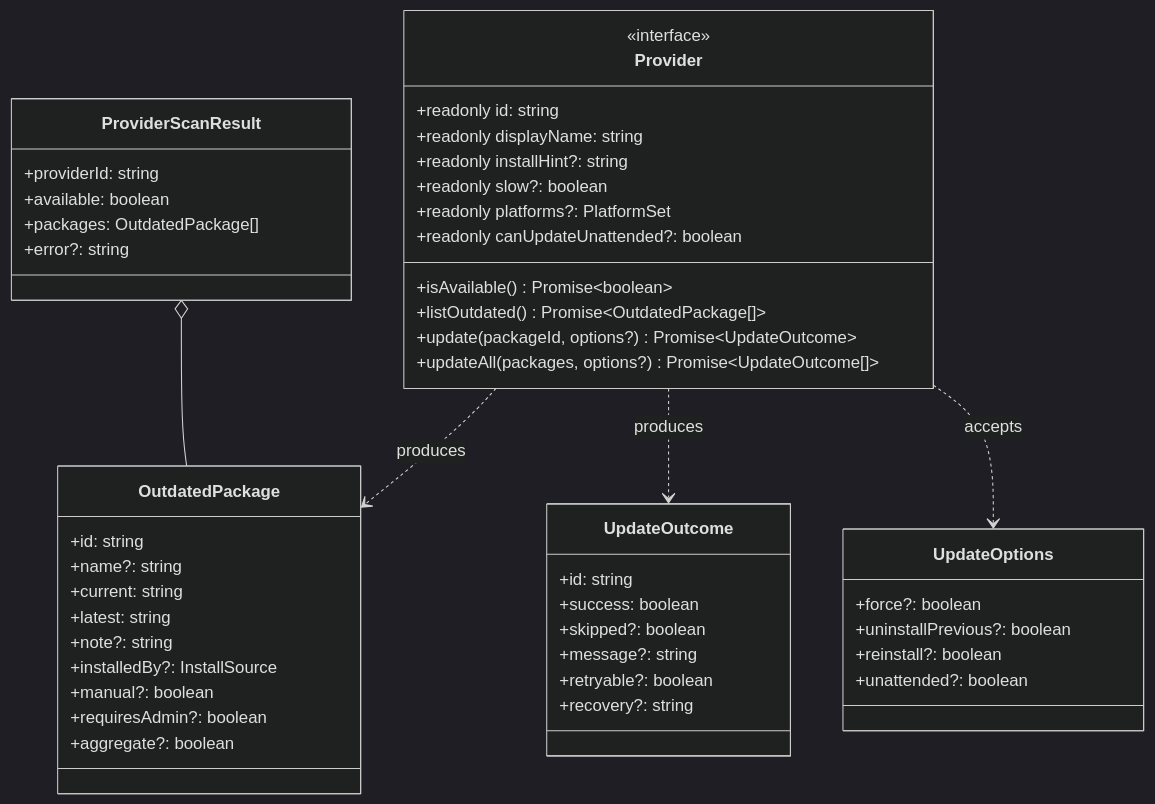
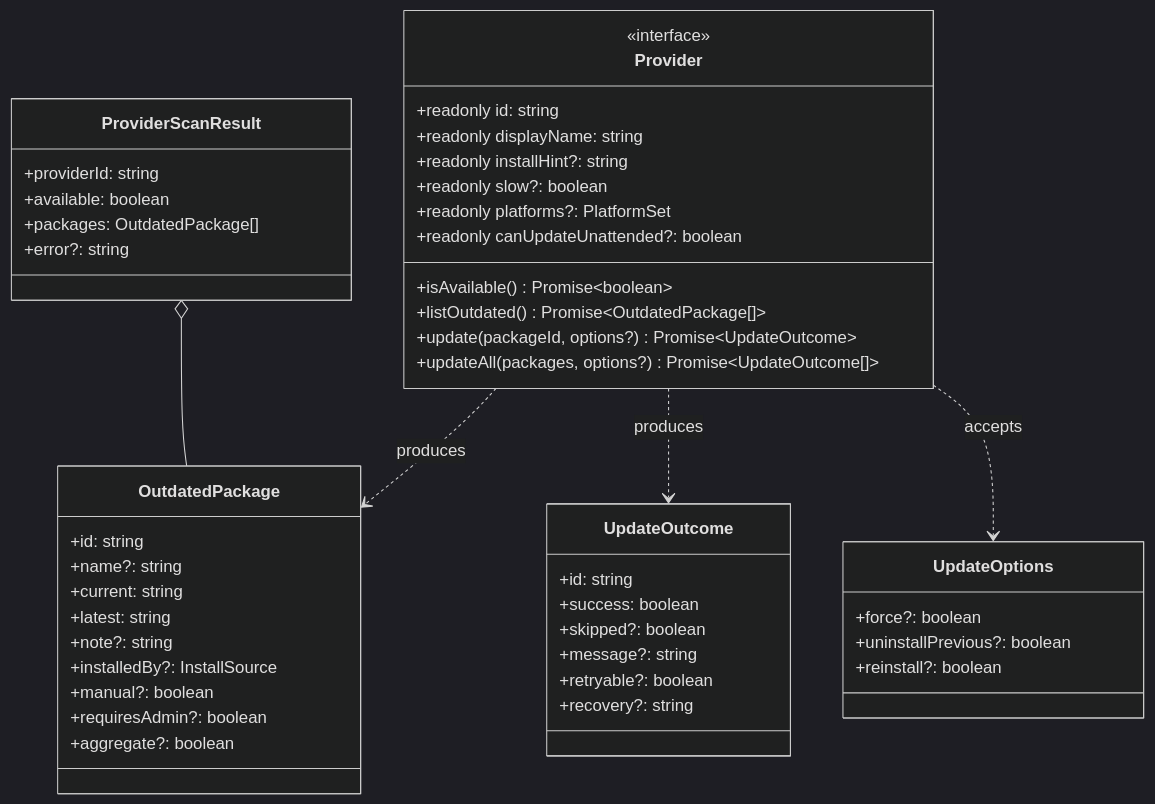
One commit to LINDECKER-Charles/gup changed the third of 12 diagrams in docs/development/architecture.md. Above: the diagram before and after it, drawn with Mermaid (dark theme). The commit also changed other lines of this file and 12 other files, not shown here.

````diff
--- a/docs/development/architecture.md
+++ b/docs/development/architecture.md
@@ -138,56 +138,55 @@
 ```mermaid
 classDiagram
     class Provider {
         <<interface>>
         +readonly id: string
         +readonly displayName: string
         +readonly installHint?: string
         +readonly slow?: boolean
         +readonly platforms?: PlatformSet
         +readonly canUpdateUnattended?: boolean
         +isAvailable() Promise~boolean~
         +listOutdated() Promise~OutdatedPackage[]~
         +update(packageId, options?) Promise~UpdateOutcome~
         +updateAll(packages, options?) Promise~UpdateOutcome[]~
     }
 
     class OutdatedPackage {
         +id: string
         +name?: string
         +current: string
         +latest: string
         +note?: string
         +installedBy?: InstallSource
         +manual?: boolean
         +requiresAdmin?: boolean
         +aggregate?: boolean
     }
 
     class UpdateOutcome {
         +id: string
         +success: boolean
         +skipped?: boolean
         +message?: string
         +retryable?: boolean
         +recovery?: string
     }
 
     class UpdateOptions {
         +force?: boolean
         +uninstallPrevious?: boolean
         +reinstall?: boolean
-        +unattended?: boolean
     }
 
     class ProviderScanResult {
         +providerId: string
         +available: boolean
         +packages: OutdatedPackage[]
         +error?: string
     }
 
     Provider ..> OutdatedPackage : produces
     Provider ..> UpdateOutcome : produces
     Provider ..> UpdateOptions : accepts
     ProviderScanResult o-- OutdatedPackage
 ```
````
